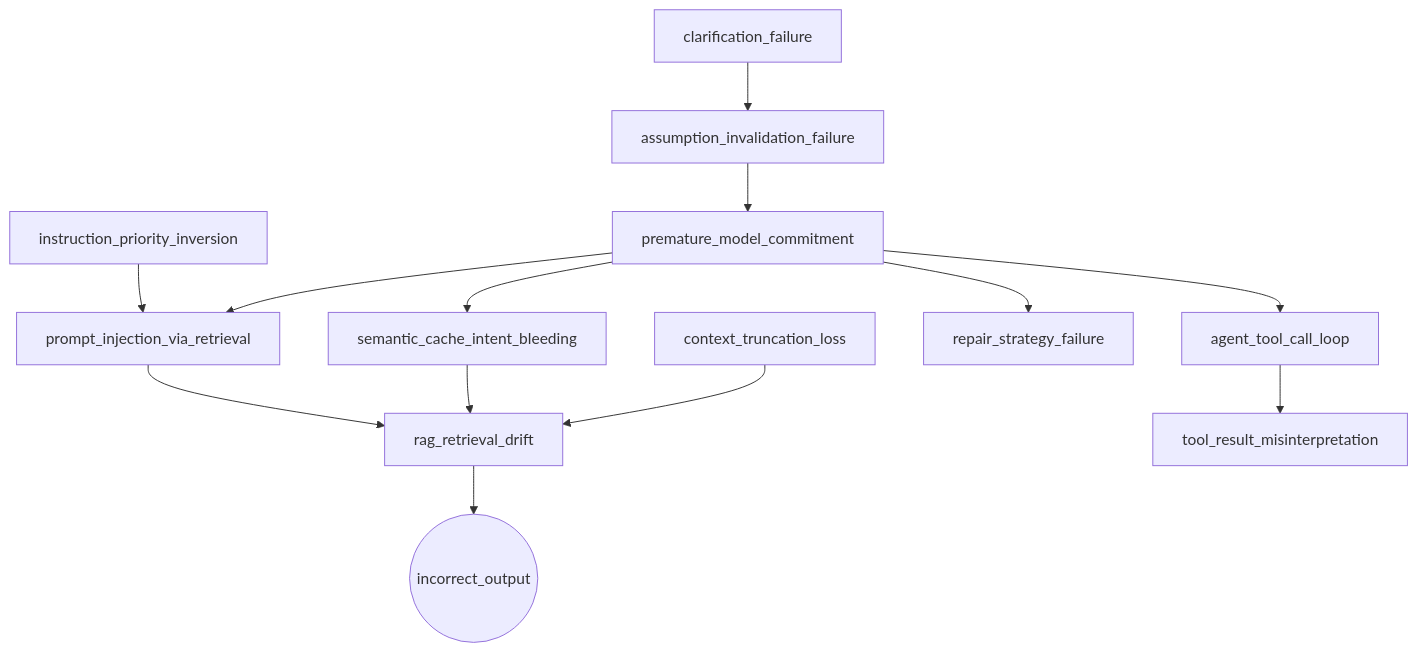
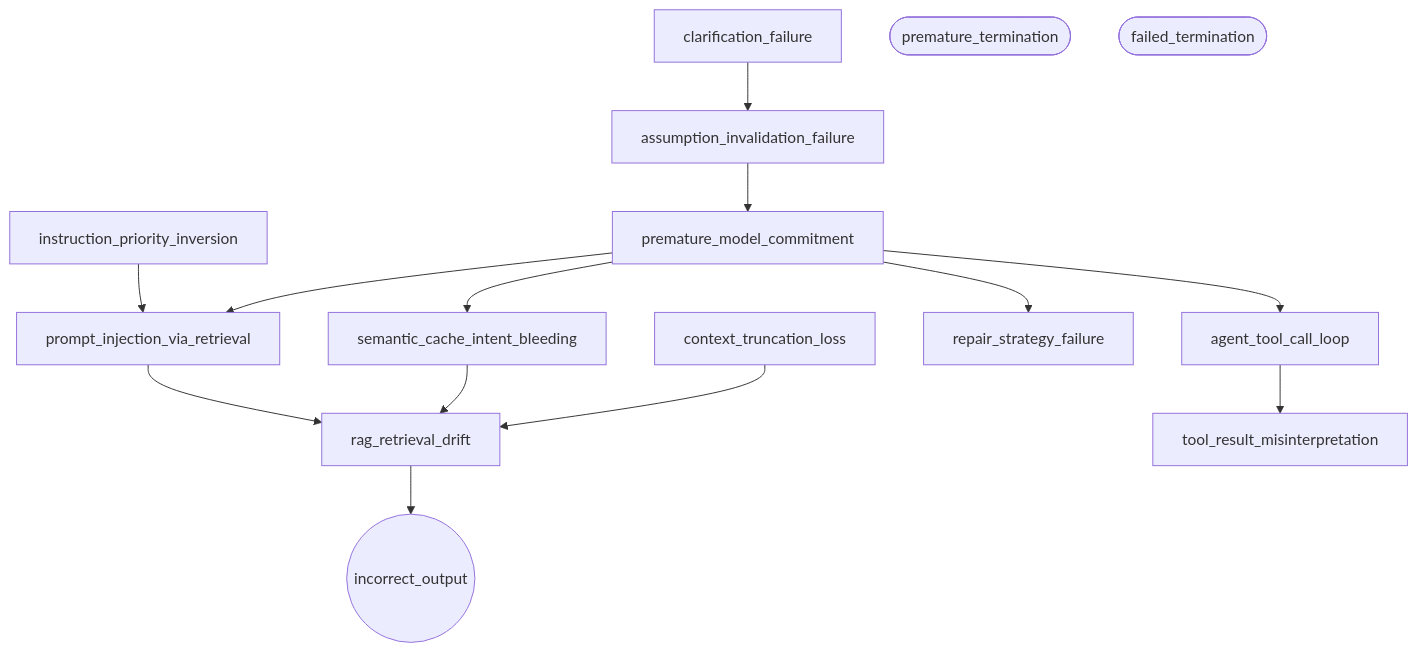
The diagram in README.md (kiyoshisasano/llm-failure-atlas), drawn with Mermaid before and after one commit. The commit also changed other lines of this file and 1 other file, not shown here.

Commit message:
docs: update pattern/signal counts and mermaid graph for termination patterns

````diff
--- a/README.md
+++ b/README.md
@@ -161,15 +163,17 @@
 ```mermaid
 graph TD
     CF[clarification_failure] --> AIF[assumption_invalidation_failure]
     AIF --> PMC[premature_model_commitment]
     PMC --> SCIB[semantic_cache_intent_bleeding]
     PMC --> PIVR[prompt_injection_via_retrieval]
     PMC --> ATCL[agent_tool_call_loop]
     PMC --> RSF[repair_strategy_failure]
     IPI[instruction_priority_inversion] --> PIVR
     CTL[context_truncation_loss] --> RRD[rag_retrieval_drift]
     SCIB --> RRD
     PIVR --> RRD
     RRD --> IO((incorrect_output))
     ATCL --> TRM[tool_result_misinterpretation]
+    PT([premature_termination])
+    FT([failed_termination])
 ```
````
